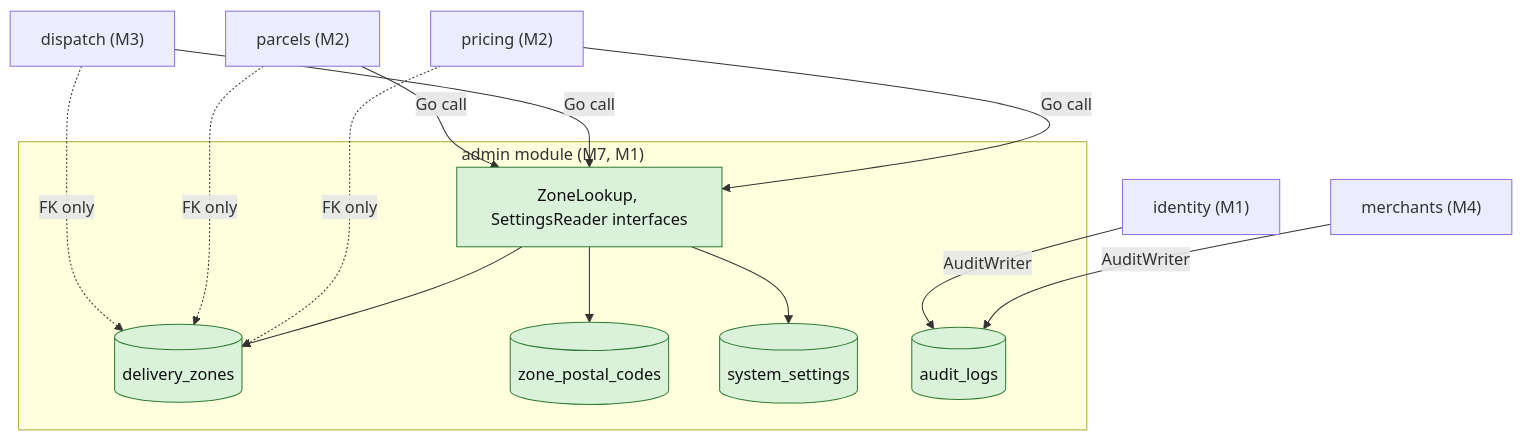
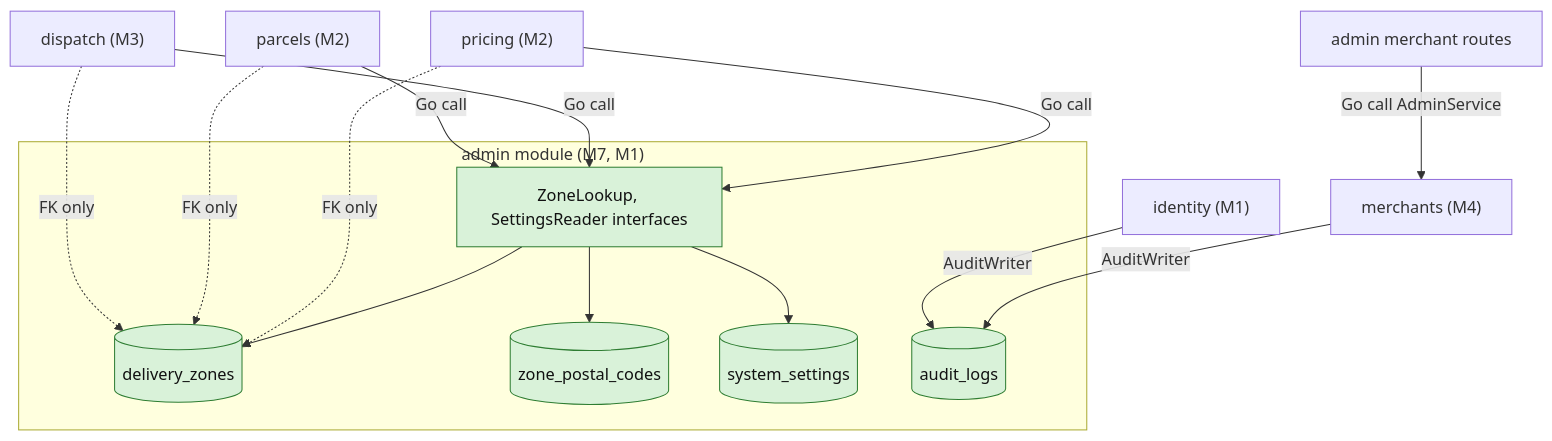
One commit to phantomTroupeEAD/SwiftDrop changed the third of 11 diagrams in docs/drafts/member-07-dispatcher-admin-web-gateway/doc-05-data-and-persistence.md. Above: the diagram before and after it, drawn with Mermaid. The commit also changed other lines of this file and 125 other files, not shown here.

````diff
--- a/docs/drafts/member-07-dispatcher-admin-web-gateway/doc-05-data-and-persistence.md
+++ b/docs/drafts/member-07-dispatcher-admin-web-gateway/doc-05-data-and-persistence.md
@@ -286,28 +281,29 @@
 ```mermaid
 flowchart TB
     subgraph ADM["admin module (M7, M1)"]
         Z[("delivery_zones")]
         ZP[("zone_postal_codes")]
         SS[("system_settings")]
         AL[("audit_logs")]
         ZI["ZoneLookup, SettingsReader interfaces"]
     end
     PR["pricing (M2)"]
     PA["parcels (M2)"]
     DI["dispatch (M3)"]
     ME["merchants (M4)"]
     ID["identity (M1)"]
     PR -- "Go call" --> ZI
     DI -- "Go call" --> ZI
     PA -- "Go call" --> ZI
     ZI --> Z
     ZI --> ZP
     ZI --> SS
     PR -. "FK only" .-> Z
     PA -. "FK only" .-> Z
     DI -. "FK only" .-> Z
+    ADMH["admin merchant routes"] -- "Go call AdminService" --> ME
     ME -- "AuditWriter" --> AL
     ID -- "AuditWriter" --> AL
     classDef mine fill:#d9f2d9,stroke:#2e7d32,color:#111
     class Z,ZP,SS,AL,ZI mine
 ```
````
